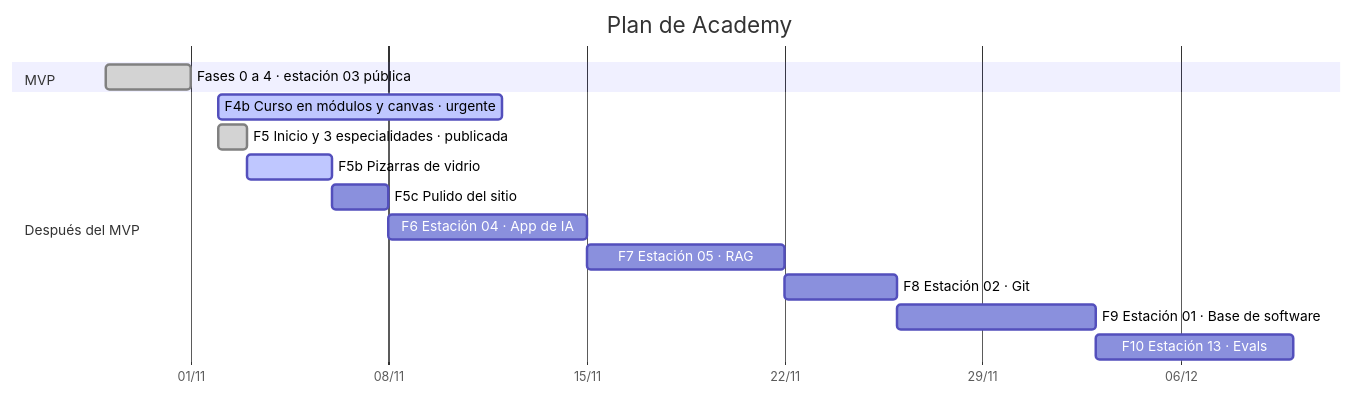
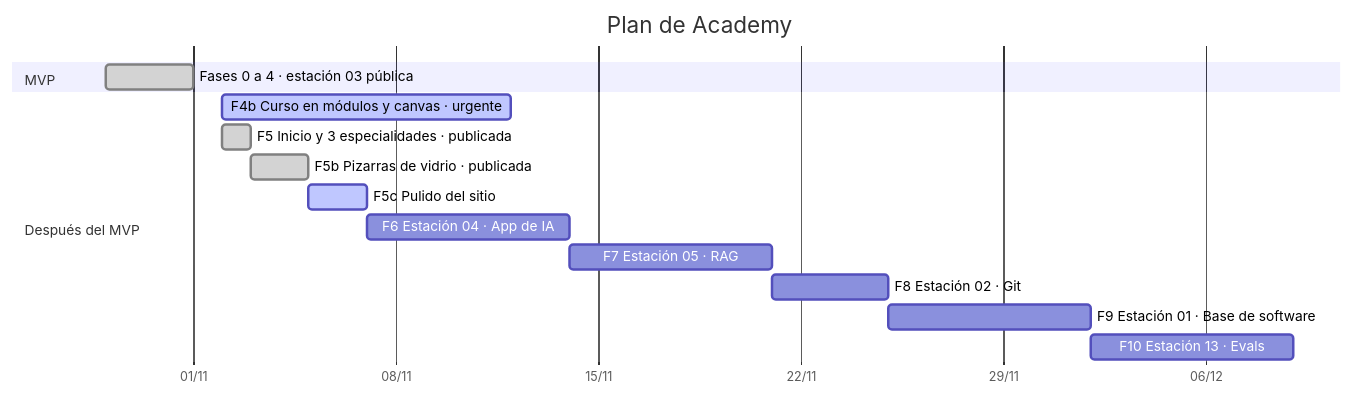
The diagram in AVANCE.md (francoSW99/Academy), drawn with Mermaid before and after one commit. The commit also changed other lines of this file and 2 other files, not shown here.

````diff
--- a/AVANCE.md
+++ b/AVANCE.md
@@ -61,18 +60,18 @@
 ```mermaid
 gantt
     title Plan de Academy
     dateFormat YYYY-MM-DD
     axisFormat %d/%m
     section MVP
     Fases 0 a 4 · estación 03 pública :done, mvp, 2026-10-29, 2026-11-01
     section Después del MVP
     F4b Curso en módulos y canvas · urgente :active, f4b, 2026-11-02, 10d
     F5 Inicio y 3 especialidades · publicada :done, f5, 2026-11-02, 1d
-    F5b Pizarras de vidrio :active, f5b, after f5, 3d
-    F5c Pulido del sitio :f5c, after f5b, 2d
+    F5b Pizarras de vidrio · publicada :done, f5b, after f5, 2d
+    F5c Pulido del sitio :active, f5c, after f5b, 2d
     F6 Estación 04 · App de IA :f6, after f5c, 7d
     F7 Estación 05 · RAG :f7, after f6, 7d
     F8 Estación 02 · Git :f8, after f7, 4d
     F9 Estación 01 · Base de software :f9, after f8, 7d
     F10 Estación 13 · Evals :f10, after f9, 7d
 ```
````
